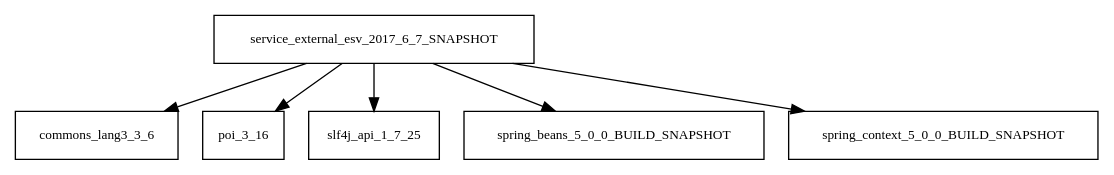
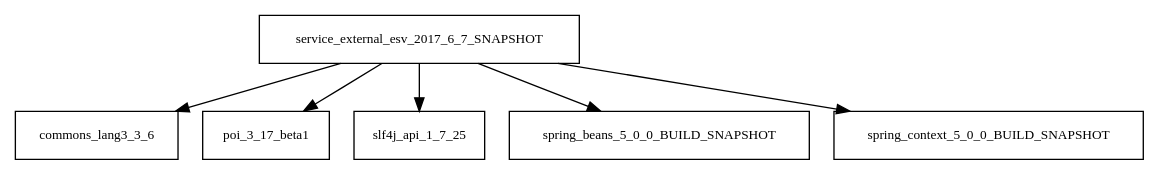
Before and after one commit to AglaianWoman/cia: the diagram in tattleTaleReport/graphviz/service.external.esv-2017.6.7-SNAPSHOT.jar/service.external.esv-2017.6.7-SNAPSHOT.jar.dot, drawn with Graphviz. The commit also changed 1179 other files, not shown here.

```diff
--- a/tattleTaleReport/graphviz/service.external.esv-2017.6.7-SNAPSHOT.jar/service.external.esv-2017.6.7-SNAPSHOT.jar.dot
+++ b/tattleTaleReport/graphviz/service.external.esv-2017.6.7-SNAPSHOT.jar/service.external.esv-2017.6.7-SNAPSHOT.jar.dot
@@ -1,8 +1,8 @@
 digraph service_external_esv_2017_6_7_SNAPSHOT_dependencies {
   node [shape = box, fontsize=10.0];
   service_external_esv_2017_6_7_SNAPSHOT -> commons_lang3_3_6;
-  service_external_esv_2017_6_7_SNAPSHOT -> poi_3_16;
+  service_external_esv_2017_6_7_SNAPSHOT -> poi_3_17_beta1;
   service_external_esv_2017_6_7_SNAPSHOT -> slf4j_api_1_7_25;
   service_external_esv_2017_6_7_SNAPSHOT -> spring_beans_5_0_0_BUILD_SNAPSHOT;
   service_external_esv_2017_6_7_SNAPSHOT -> spring_context_5_0_0_BUILD_SNAPSHOT;
 }
```
